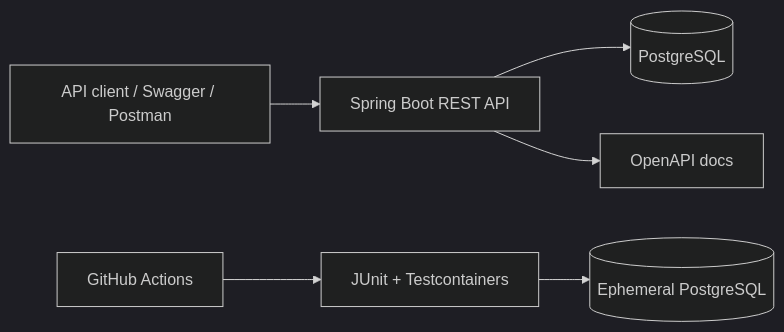
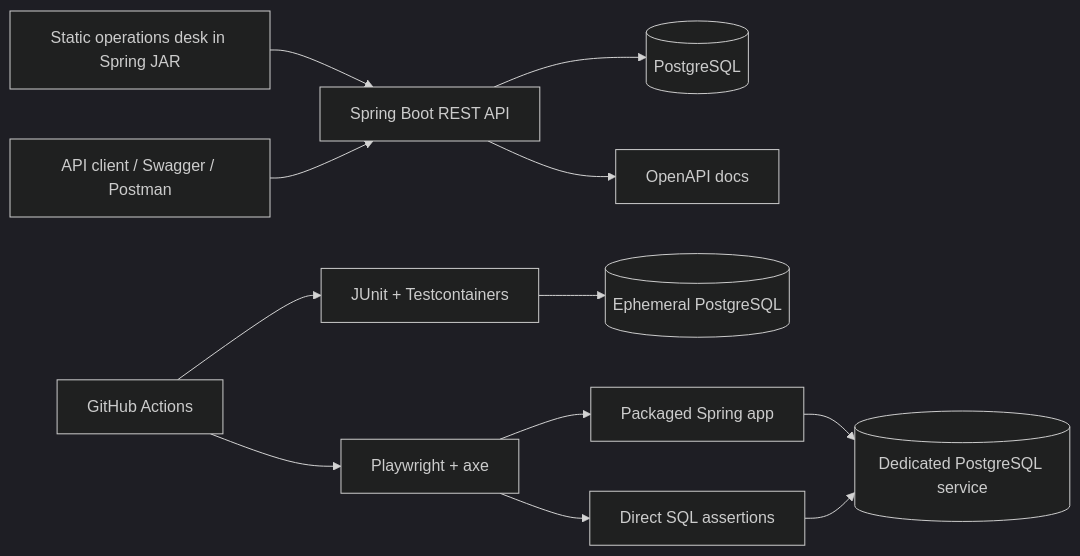
One commit to grantmaye/m1-banklab changed the first of 3 diagrams in docs/architecture.md. Above: the diagram before and after it, drawn with Mermaid (dark theme). The commit also changed other lines of this file and 23 other files, not shown here.

First line of the commit message:
Add a banking operations desk with real transaction evidence (#2)

````diff
--- a/docs/architecture.md
+++ b/docs/architecture.md
@@ -7,8 +7,14 @@
 ```mermaid
 flowchart LR
-    Client[API client / Swagger / Postman] --> API[Spring Boot REST API]
+    Desk[Static operations desk in Spring JAR] --> API[Spring Boot REST API]
+    Client[API client / Swagger / Postman] --> API
     API --> DB[(PostgreSQL)]
     API --> OpenAPI[OpenAPI docs]
     CI[GitHub Actions] --> Tests[JUnit + Testcontainers]
     Tests --> DBTest[(Ephemeral PostgreSQL)]
+    CI --> Browser[Playwright + axe]
+    Browser --> AppTest[Packaged Spring app]
+    AppTest --> BrowserDB[(Dedicated PostgreSQL service)]
+    Browser --> Assertions[Direct SQL assertions]
+    Assertions --> BrowserDB
 ```
````
